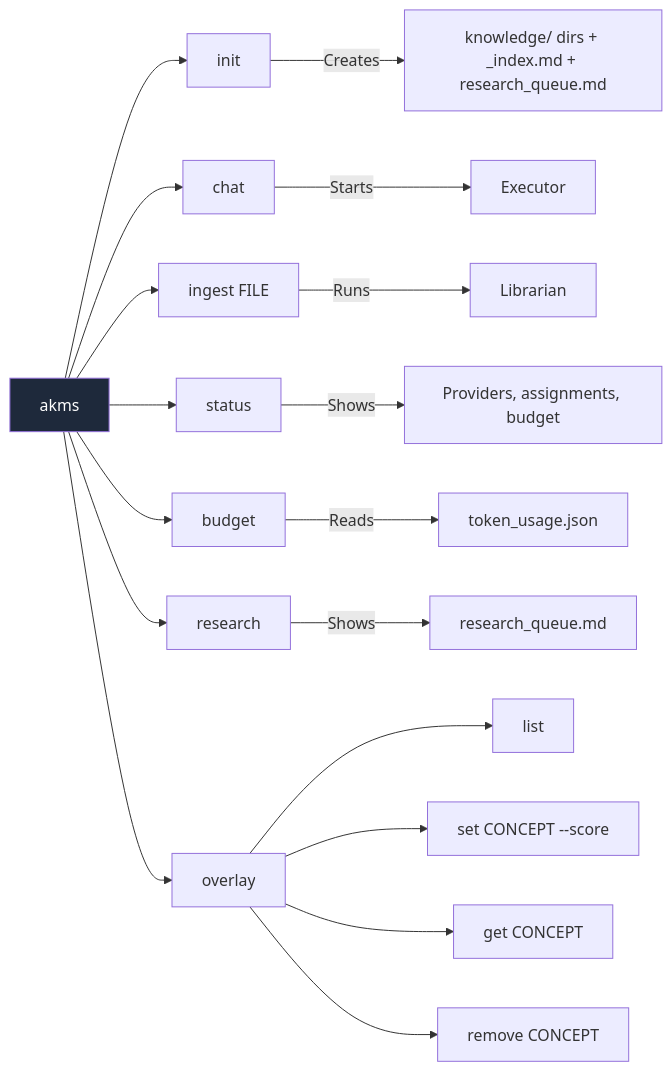
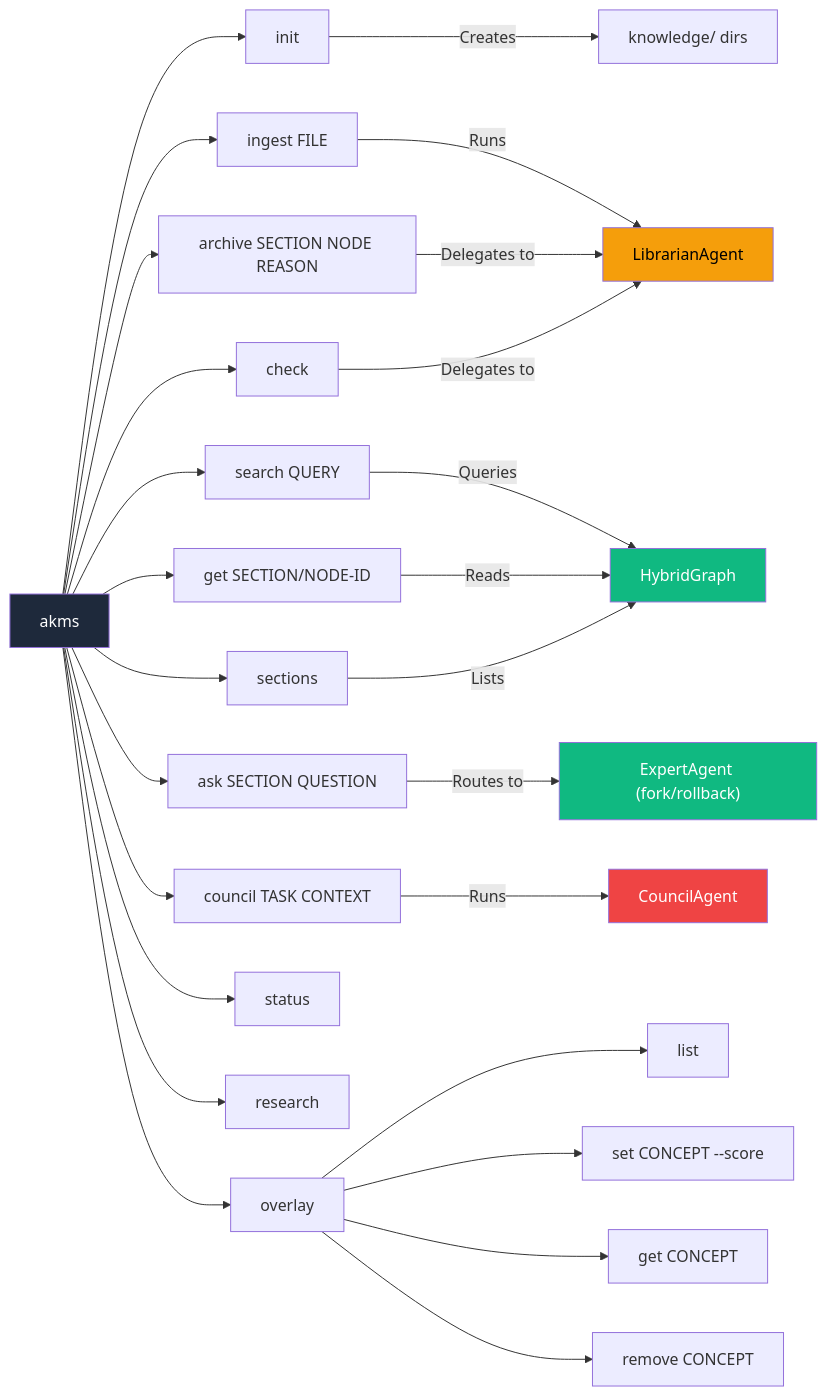
Before and after one commit to TheRealOP/Agent-Knowledge-Management-System: diagram 13 of 17 in how-this-works.md, drawn with Mermaid. The commit also changed other lines of this file, not shown here.

````diff
--- a/how-this-works.md
+++ b/how-this-works.md
@@ -541,25 +534,38 @@
 ```mermaid
 flowchart LR
     CLI["akms"]
+
     CLI --> init["init"]
-    CLI --> chat["chat"]
     CLI --> ingest["ingest FILE"]
+    CLI --> search["search QUERY"]
+    CLI --> ask["ask SECTION QUESTION"]
+    CLI --> get["get SECTION/NODE-ID"]
+    CLI --> sections["sections"]
+    CLI --> archive["archive SECTION NODE REASON"]
+    CLI --> check["check"]
+    CLI --> council["council TASK CONTEXT"]
     CLI --> status["status"]
-    CLI --> budget["budget"]
     CLI --> research["research"]
     CLI --> overlay["overlay"]
 
     overlay --> olist["list"]
     overlay --> oset["set CONCEPT --score"]
     overlay --> oget["get CONCEPT"]
     overlay --> orem["remove CONCEPT"]
 
-    init -->|"Creates"| Dirs["knowledge/ dirs + _index.md + research_queue.md"]
-    chat -->|"Starts"| Executor
-    ingest -->|"Runs"| Librarian
-    status -->|"Shows"| Config["Providers, assignments, budget"]
-    budget -->|"Reads"| TokenLog["token_usage.json"]
-    research -->|"Shows"| RQ["research_queue.md"]
+    init -->|"Creates"| Dirs["knowledge/ dirs"]
+    ingest -->|"Runs"| Librarian["LibrarianAgent"]
+    search -->|"Queries"| KG["HybridGraph"]
+    ask -->|"Routes to"| Expert["ExpertAgent (fork/rollback)"]
+    get -->|"Reads"| KG
+    sections -->|"Lists"| KG
+    archive -->|"Delegates to"| Librarian
+    check -->|"Delegates to"| Librarian
+    council -->|"Runs"| CouncilAgent["CouncilAgent"]
 
     style CLI fill:#1e293b,color:#fff
+    style Expert fill:#10b981,color:#fff
+    style Librarian fill:#f59e0b,color:#000
+    style CouncilAgent fill:#ef4444,color:#fff
+    style KG fill:#10b981,color:#fff
 ```
````
